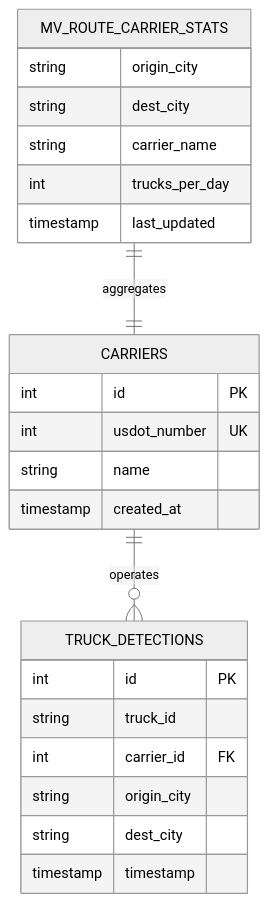
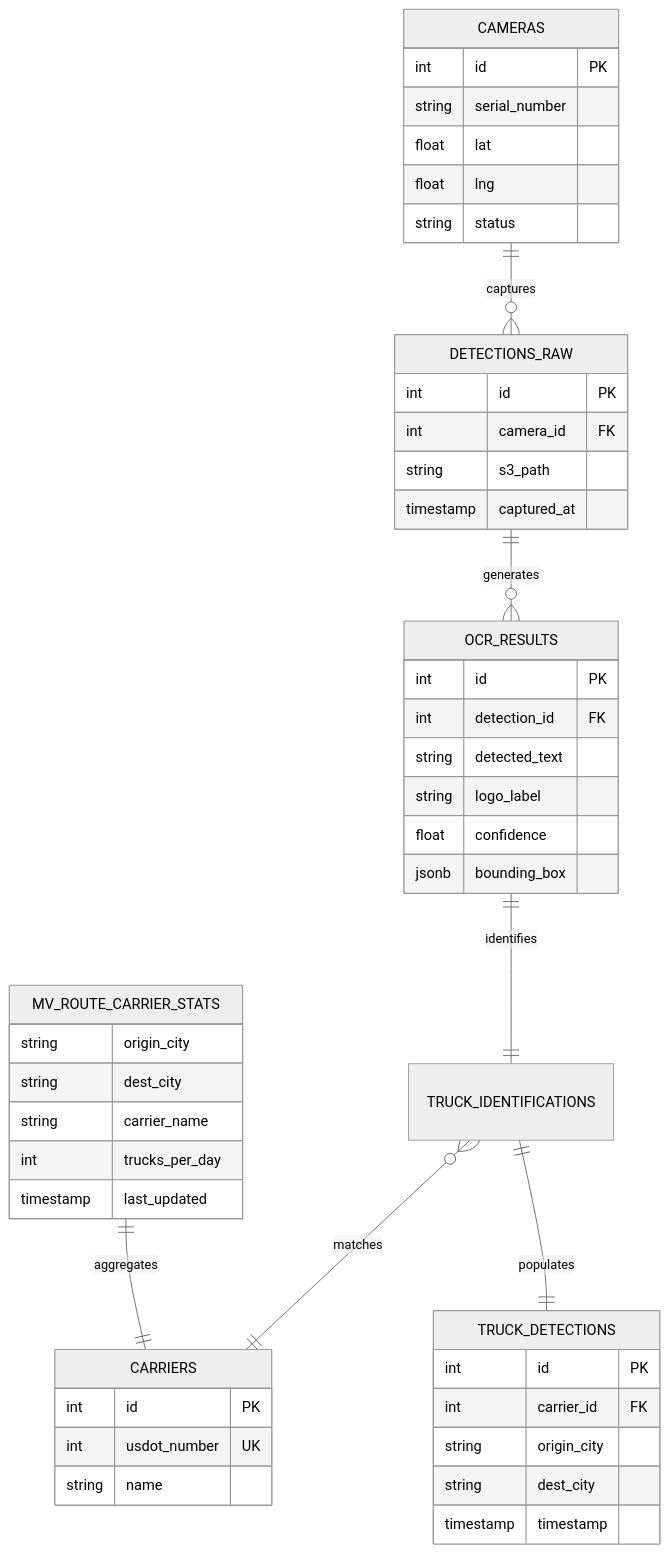
The fourth of 4 diagrams in docs/ARCHITECTURE_DIAGRAMS.md (cbelalcazar/carrier-route-ranking-mvp), drawn with Mermaid (neutral theme) before and after one commit. The commit also changed other lines of this file and 1 other file, not shown here.

Commit message:
feat: expand db schema and er diagram to platform scale

````diff
--- a/docs/ARCHITECTURE_DIAGRAMS.md
+++ b/docs/ARCHITECTURE_DIAGRAMS.md
@@ -106,26 +106,50 @@
 ```mermaid
 erDiagram
-    CARRIERS ||--o{ TRUCK_DETECTIONS : operates
+    CAMERAS ||--o{ DETECTIONS_RAW : captures
+    DETECTIONS_RAW ||--o{ OCR_RESULTS : generates
+    OCR_RESULTS ||--|| TRUCK_IDENTIFICATIONS : identifies
+    TRUCK_IDENTIFICATIONS }o--|| CARRIERS : matches
+    TRUCK_IDENTIFICATIONS ||--|| TRUCK_DETECTIONS : populates
+    
+    CAMERAS {
+        int id PK
+        string serial_number
+        float lat
+        float lng
+        string status
+    }
+    DETECTIONS_RAW {
+        int id PK
+        int camera_id FK
+        string s3_path
+        timestamp captured_at
+    }
+    OCR_RESULTS {
+        int id PK
+        int detection_id FK
+        string detected_text
+        string logo_label
+        float confidence
+        jsonb bounding_box
+    }
     CARRIERS {
         int id PK
         int usdot_number UK
         string name
-        timestamp created_at
     }
     TRUCK_DETECTIONS {
         int id PK
-        string truck_id
         int carrier_id FK
         string origin_city
         string dest_city
         timestamp timestamp
     }
     MV_ROUTE_CARRIER_STATS ||--|| CARRIERS : aggregates
     MV_ROUTE_CARRIER_STATS {
         string origin_city
         string dest_city
         string carrier_name
         int trucks_per_day
         timestamp last_updated
     }
 ```
````
